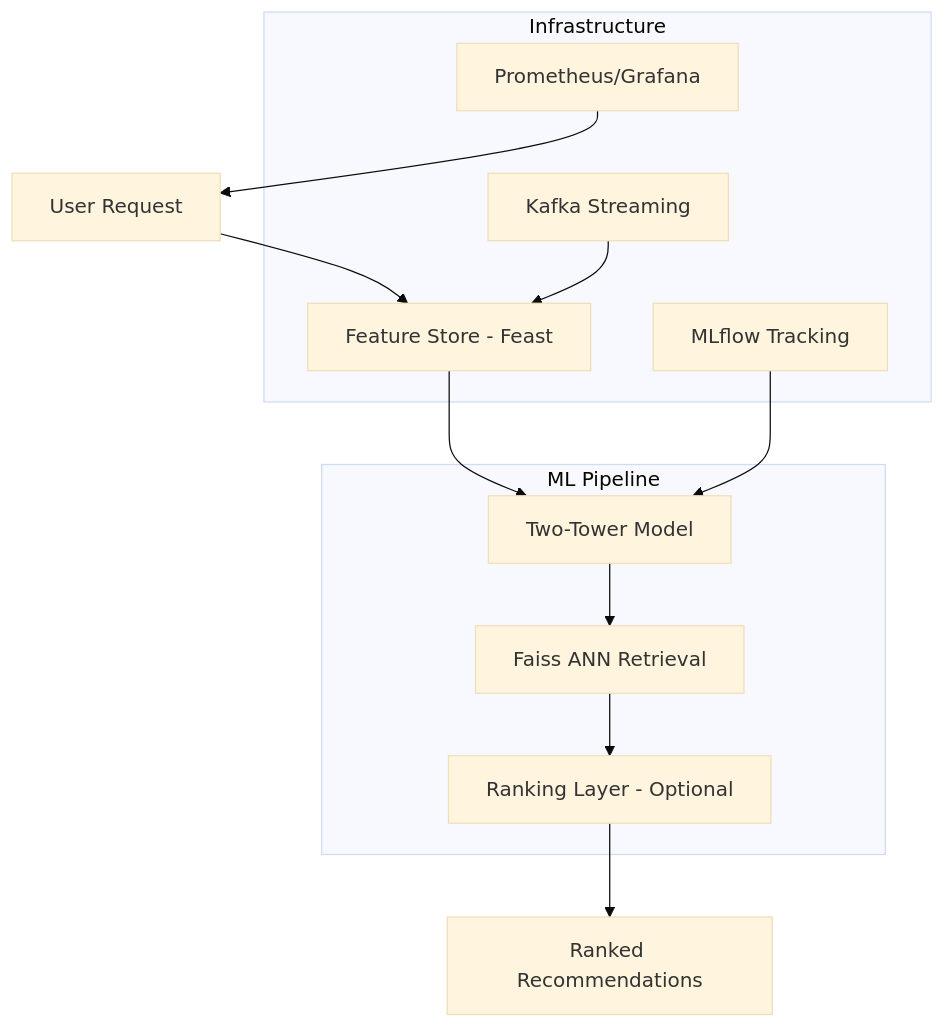
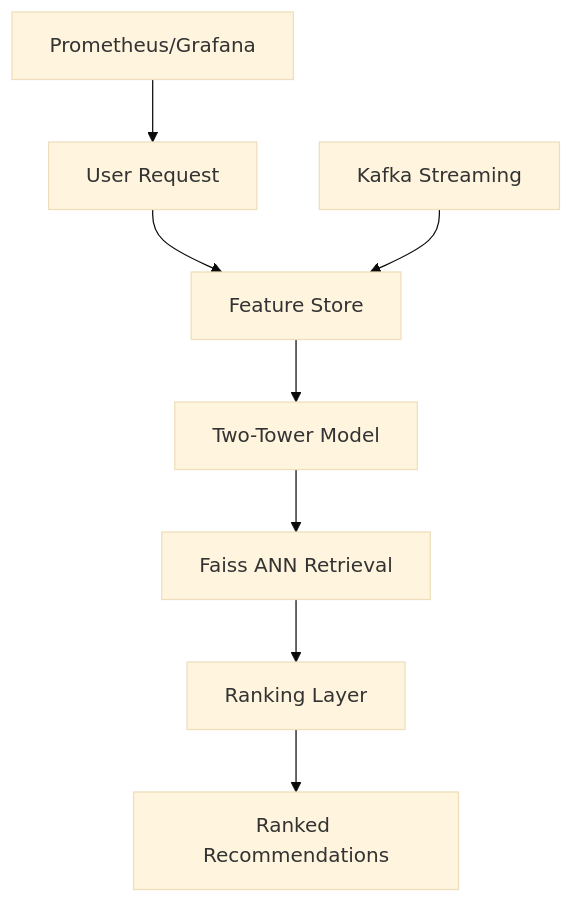
The diagram in README.md (yxyxcyx/Real-Time-Recommendation-System-with-Feature-Store), drawn with Mermaid (base theme) before and after one commit. The commit also changed other lines of this file and 7 other files, not shown here.

````diff
--- a/README.md
+++ b/README.md
@@ -22,25 +24,11 @@
 ```mermaid
 graph TB
-    A[User Request] --> B[Feature Store - Feast]
+    A[User Request] --> B[Feature Store]
     B --> C[Two-Tower Model]
     C --> D[Faiss ANN Retrieval]
-    D --> E[Ranking Layer - Optional]
+    D --> E[Ranking Layer]
     E --> F[Ranked Recommendations]
     
     G[Kafka Streaming] --> B
-    H[MLflow Tracking] --> C
     I[Prometheus/Grafana] --> A
-    
-    subgraph "ML Pipeline"
-        C
-        D
-        E
-    end
-    
-    subgraph "Infrastructure"
-        B
-        G
-        H
-        I
-    end
 ```
````
